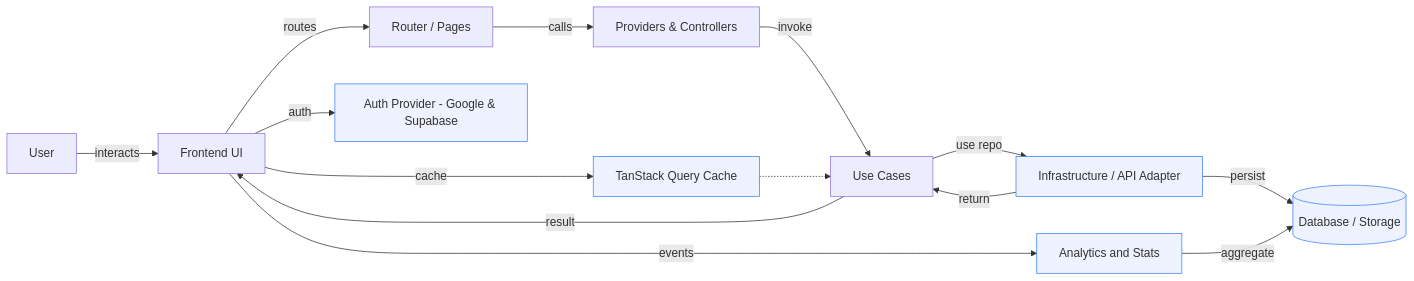
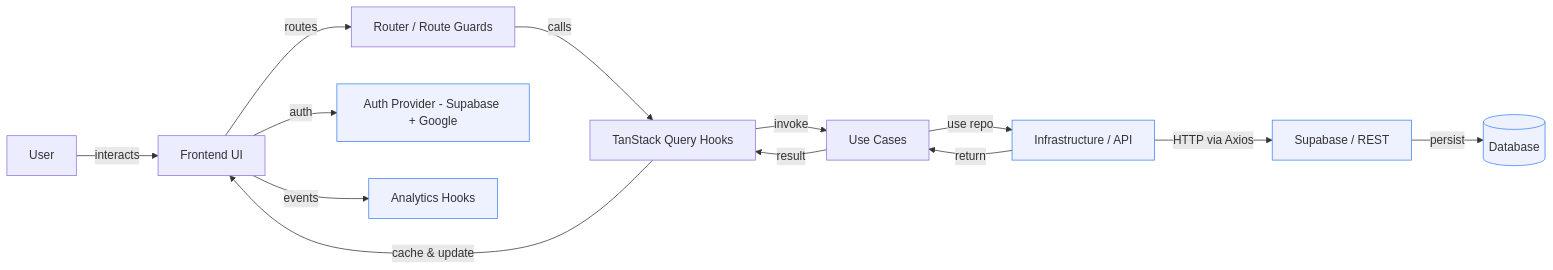
Before and after one commit to mohabmohamed44/Task-Management: the second of 3 diagrams in README.md, drawn with Mermaid. The commit also changed other lines of this file, not shown here.

````diff
--- a/README.md
+++ b/README.md
@@ -144,21 +57,18 @@
 ```mermaid
 flowchart LR
   U[User] -->|interacts| FE[Frontend UI]
-  FE -->|routes| R[Router / Pages]
-  R -->|calls| P[Providers & Controllers]
-  P -->|invoke| UC[Use Cases]
-  UC -->|use repo| API[Infrastructure / API Adapter]
-  API -->|persist| DB[(Database / Storage)]
+  FE -->|routes| R[Router / Route Guards]
+  R -->|calls| Q[TanStack Query Hooks]
+  Q -->|invoke| UC[Use Cases]
+  UC -->|use repo| API[Infrastructure / API]
+  API -->|HTTP via Axios| SUP[Supabase / REST]
+  SUP -->|persist| DB[(Database)]
   API -->|return| UC
-  UC -->|result| FE
-  FE -->|cache| Q[TanStack Query Cache]
-  FE -->|auth| Auth[Auth Provider - Google & Supabase]
-  FE -->|events| Analytics[Analytics and Stats]
-
-  Q -.-> UC
-  Analytics -->|aggregate| DB
+  UC -->|result| Q
+  Q -->|cache & update| FE
+  FE -->|auth| AUTH[Auth Provider - Supabase + Google]
+  FE -->|events| AN[Analytics Hooks]
 
   classDef infra fill:#eef2ff,stroke:#3b82f6,stroke-width:1px;
-  class API,DB infra;
-  class Auth,Q,Analytics infra;
+  class API,SUP,DB,AUTH,AN infra;
 ```
````
